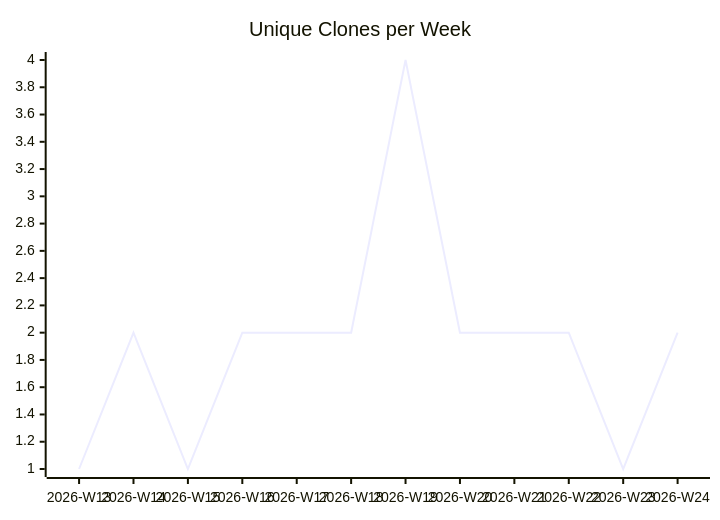
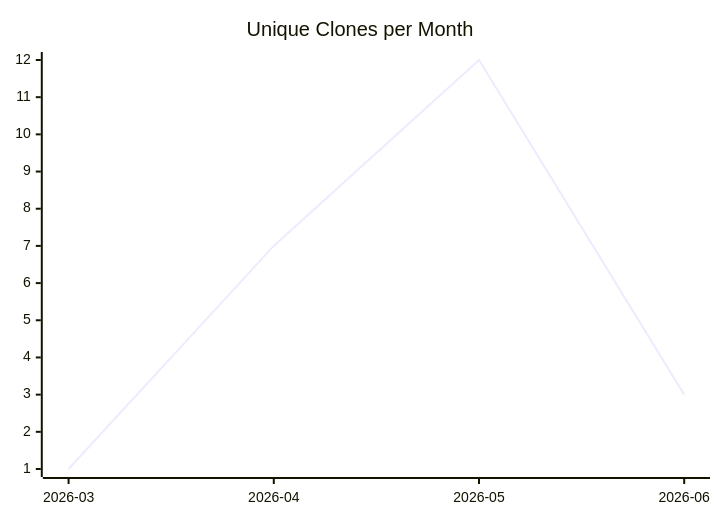
Before and after one commit to justdavis-family/github-analytics-data: the third of 3 diagrams in karlmdavis/sample-maven-and-rcp/README.md, drawn with Mermaid. The commit also changed other lines of this file and 198 other files, not shown here.

````diff
--- a/karlmdavis/sample-maven-and-rcp/README.md
+++ b/karlmdavis/sample-maven-and-rcp/README.md
@@ -19,6 +19,6 @@
 ```mermaid
 xychart-beta
-  title "Unique Clones per Week"
-  x-axis ["2026-W13", "2026-W14", "2026-W15", "2026-W16", "2026-W17", "2026-W18", "2026-W19", "2026-W20", "2026-W21", "2026-W22", "2026-W23", "2026-W24"]
-  line [1, 2, 1, 2, 2, 2, 4, 2, 2, 2, 1, 2]
+  title "Unique Clones per Month"
+  x-axis ["2026-03", "2026-04", "2026-05", "2026-06"]
+  line [1, 7, 12, 3]
 ```
````
